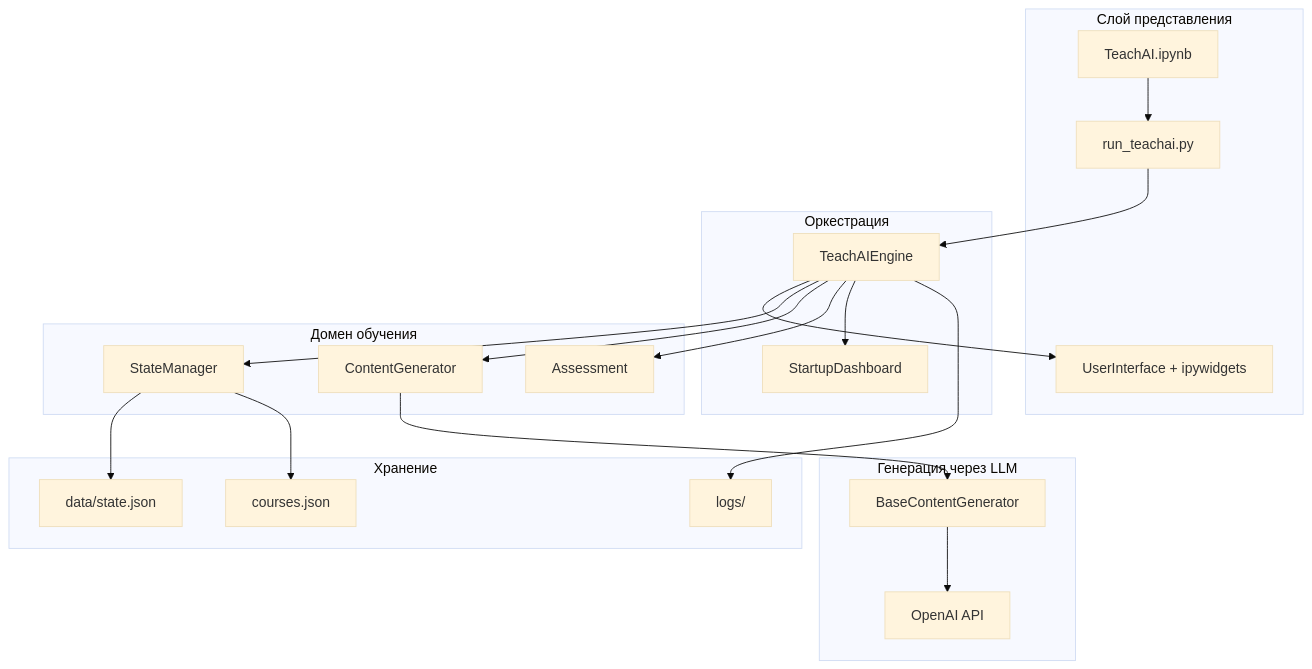
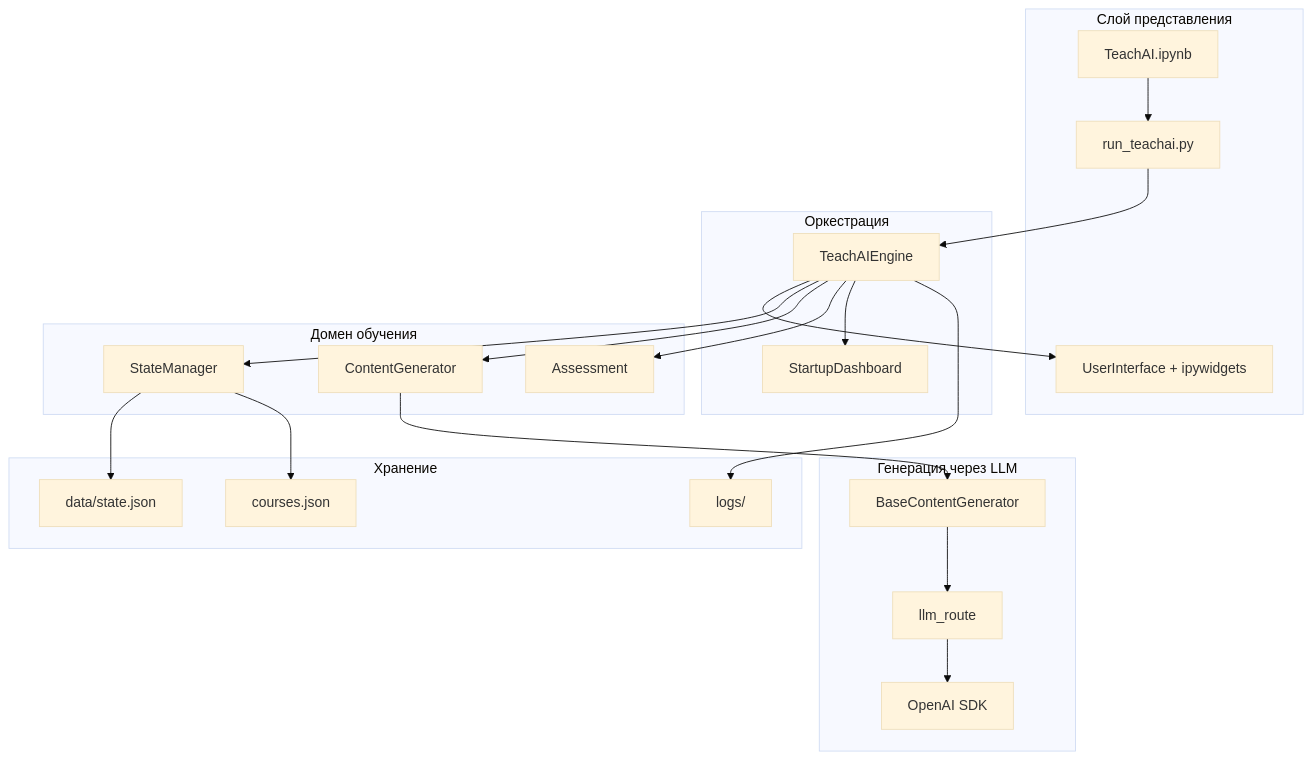
The diagram in ОПИСАНИЕ_ПРОЕКТА_TEACHAI.md (Ip-59/TeachAI), drawn with Mermaid (base theme) before and after one commit. The commit also changed other lines of this file, not shown here.

````diff
--- a/ОПИСАНИЕ_ПРОЕКТА_TEACHAI.md
+++ b/ОПИСАНИЕ_ПРОЕКТА_TEACHAI.md
@@ -93,43 +95,45 @@
 ```mermaid
 flowchart TB
     subgraph presentation [Слой представления]
         NB[TeachAI.ipynb]
         RT[run_teachai.py]
         UI[UserInterface + ipywidgets]
     end
 
     subgraph orchestration [Оркестрация]
         ENG[TeachAIEngine]
         DASH[StartupDashboard]
     end
 
     subgraph domain [Домен обучения]
         SM[StateManager]
         CG[ContentGenerator]
         AS[Assessment]
     end
 
     subgraph ai [Генерация через LLM]
         BCG[BaseContentGenerator]
-        OAI[OpenAI API]
+        ROUTE[llm_route]
+        OAI[OpenAI SDK]
     end
 
     subgraph persistence [Хранение]
         STATE[data/state.json]
         LOGS[logs/]
         COURSES[courses.json]
     end
 
     NB --> RT
     RT --> ENG
     ENG --> UI
     ENG --> SM
     ENG --> CG
     ENG --> AS
     ENG --> DASH
     CG --> BCG
-    BCG --> OAI
+    BCG --> ROUTE
+    ROUTE --> OAI
     SM --> STATE
     SM --> COURSES
     ENG --> LOGS
 ```
````
